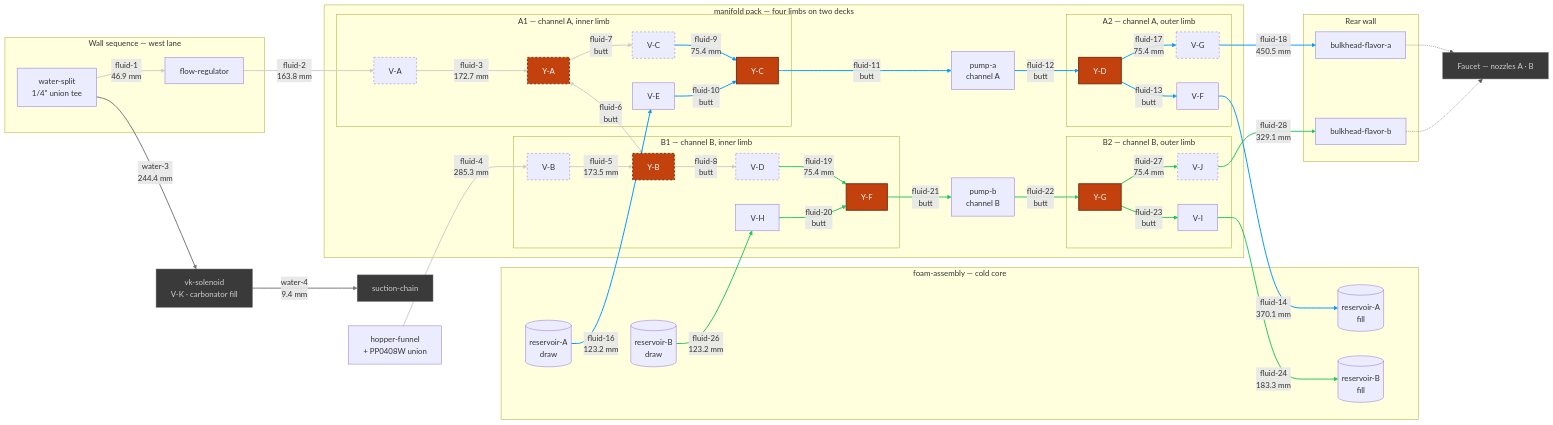
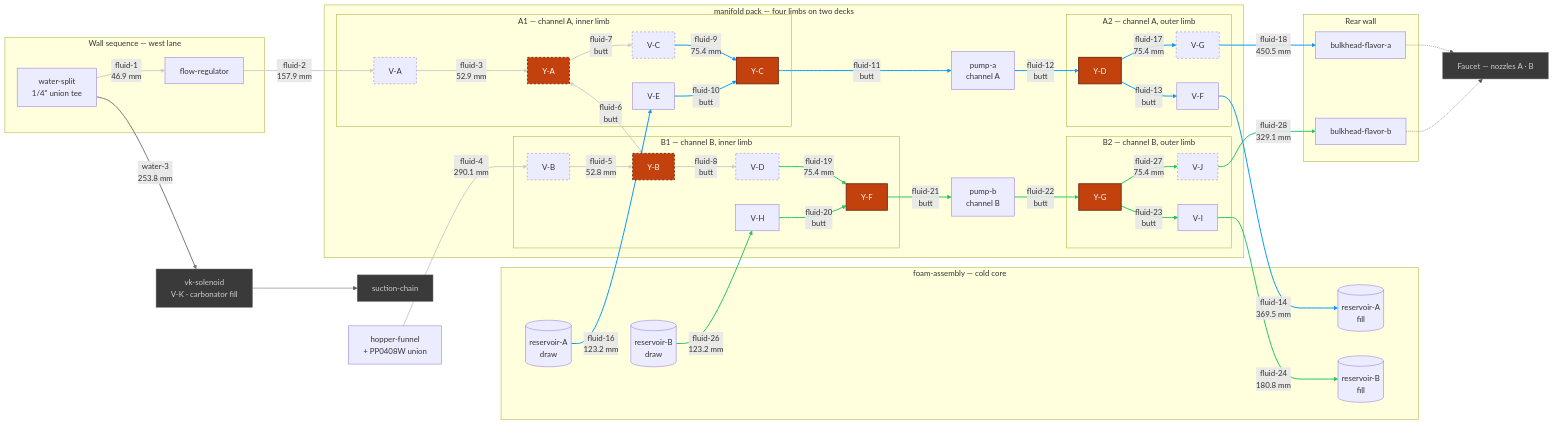
Before and after one commit to derekbreden/homesodamachine: the diagram in hardware/topology/fluid-topology-manifold.mmd, drawn with Mermaid. The commit also changed 30 other files, not shown here.

```diff
--- a/hardware/topology/fluid-topology-manifold.mmd
+++ b/hardware/topology/fluid-topology-manifold.mmd
@@ -14,7 +14,7 @@
   %% [26](SEGMENT_COUNT) flavor segments. [11](BUTT_COUNT) are collet butted to collet and carry
   %% no tube at all; [9](DRAWN_COUNT) are swept runs between placed bodies; the rest are the
   %% hinge's four hairpins and the source pair's two quarter-and-step turns. What is cut comes to
-  %% [2723.3 mm](FLUID_TOTAL) of 1/4" LLDPE over [51](FLUID_BENDS) corners, and the longest is
+  %% [2478.5 mm](FLUID_TOTAL) of 1/4" LLDPE over [49](FLUID_BENDS) corners, and the longest is
   %% [fluid-18](LONGEST_ID) at [450.5 mm](LONGEST_LEN). [0](OPEN_COUNT) are mouths with nothing
   %% on the far end of them: EVERY FLAVOR SEGMENT IN THIS CHART IS MADE. The hopper's gravity
   %% drain is drawn like the rest — the funnel is seated in the box rather than placed in the
@@ -118,10 +118,10 @@
   %% V-B come off the folded deck's plane on a quarter turn of R14, then step 28 mm further along
   %% the run and 14 mm across it, toward the cold core's crown.
   Split -->|"fluid-1<br/>46.9 mm"| FlowReg
-  FlowReg -->|"fluid-2<br/>163.8 mm"| VA
-  VA -->|"fluid-3<br/>172.7 mm"| YA
-  Hopper -->|"fluid-4<br/>285.3 mm"| VB
-  VB -->|"fluid-5<br/>173.5 mm"| YB
+  FlowReg -->|"fluid-2<br/>157.9 mm"| VA
+  VA -->|"fluid-3<br/>52.9 mm"| YA
+  Hopper -->|"fluid-4<br/>290.1 mm"| VB
+  VB -->|"fluid-5<br/>52.8 mm"| YB
   YA <-->|"fluid-6<br/>butt"| YB
   YA -->|"fluid-7<br/>butt"| VC
   YB -->|"fluid-8<br/>butt"| VD
@@ -138,7 +138,7 @@
   YC -->|"fluid-11<br/>butt"| PA
   PA -->|"fluid-12<br/>butt"| YD
   YD -->|"fluid-13<br/>butt"| VF
-  VF -->|"fluid-14<br/>370.1 mm"| ResAFill
+  VF -->|"fluid-14<br/>369.5 mm"| ResAFill
   ResA -->|"fluid-16<br/>123.2 mm"| VE
   YD -->|"fluid-17<br/>75.4 mm"| VG
   VG -->|"fluid-18<br/>450.5 mm"| BhA
@@ -154,7 +154,7 @@
   YF -->|"fluid-21<br/>butt"| PB
   PB -->|"fluid-22<br/>butt"| YG
   YG -->|"fluid-23<br/>butt"| VI
-  VI -->|"fluid-24<br/>183.3 mm"| ResBFill
+  VI -->|"fluid-24<br/>180.8 mm"| ResBFill
   ResB -->|"fluid-26<br/>123.2 mm"| VH
   YG -->|"fluid-27<br/>75.4 mm"| VJ
   VJ -->|"fluid-28<br/>329.1 mm"| BhB
@@ -165,8 +165,10 @@
   %% V-K gates the carbonator fill off the same split fluid-1 leaves. It stands on the cold core's
   %% crown, east of the SeaFlo, and water-3 is the one run in the assembly that crosses the whole
   %% machine — the split is in the west lane, V-K is on the east, and its inlet faces forward.
-  Split -->|"water-3<br/>244.4 mm"| VK
-  VK -->|"water-4<br/>9.4 mm"| SuctChain
+  Split -->|"water-3<br/>253.8 mm"| VK
+  %% V-K's outlet and the suction chain's collet meet face to face, so what joins them
+  %% is the tube inside each grip and nothing between. There is no `water-4`.
+  VK --> SuctChain
 
   %% =========================
   %% Beyond the box
@@ -187,9 +189,9 @@
   %% Channel B (group:channel-b) — green.
   linkStyle 17,18,19,20,21,22,23,24,25 stroke:#22c55e,stroke-width:2px
   %% The carbonator circuit's two runs through this bay (group:carbonator) — grey.
-  linkStyle 26,27 stroke:#777,stroke-width:2px
+  linkStyle 26 stroke:#777,stroke-width:2px
   %% Outside the pack (group:outside) — no run carries it.
-  linkStyle 28,29 stroke:#555,stroke-width:1px
+  linkStyle 27,28,29 stroke:#555,stroke-width:1px
 
   %% Junction fittings. All six are PP0208E TEES: an in-line RUN, one straight lane through the
   %% fitting shared by two of its three ports, and a BRANCH, the leg that leaves that lane. Y-A
```
